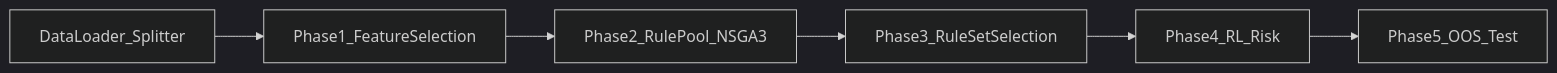
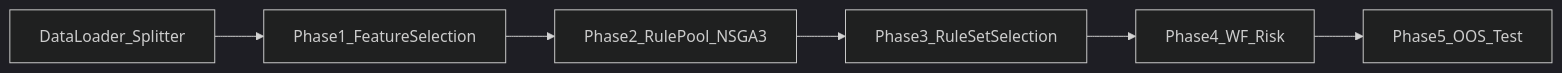
One commit to m-danaee/trading_platform changed the diagram in docs/hyperparameters/README.md. Above: the diagram before and after it, drawn with Mermaid (dark theme). The commit also changed other lines of this file and 21 other files, not shown here.

````diff
--- a/docs/hyperparameters/README.md
+++ b/docs/hyperparameters/README.md
@@ -11,8 +11,8 @@
 ```mermaid
 flowchart LR
   data[DataLoader_Splitter] --> p1[Phase1_FeatureSelection]
   p1 --> p2[Phase2_RulePool_NSGA3]
   p2 --> p3[Phase3_RuleSetSelection]
-  p3 --> p4[Phase4_RL_Risk]
+  p3 --> p4[Phase4_WF_Risk]
   p4 --> p5[Phase5_OOS_Test]
 ```
````
